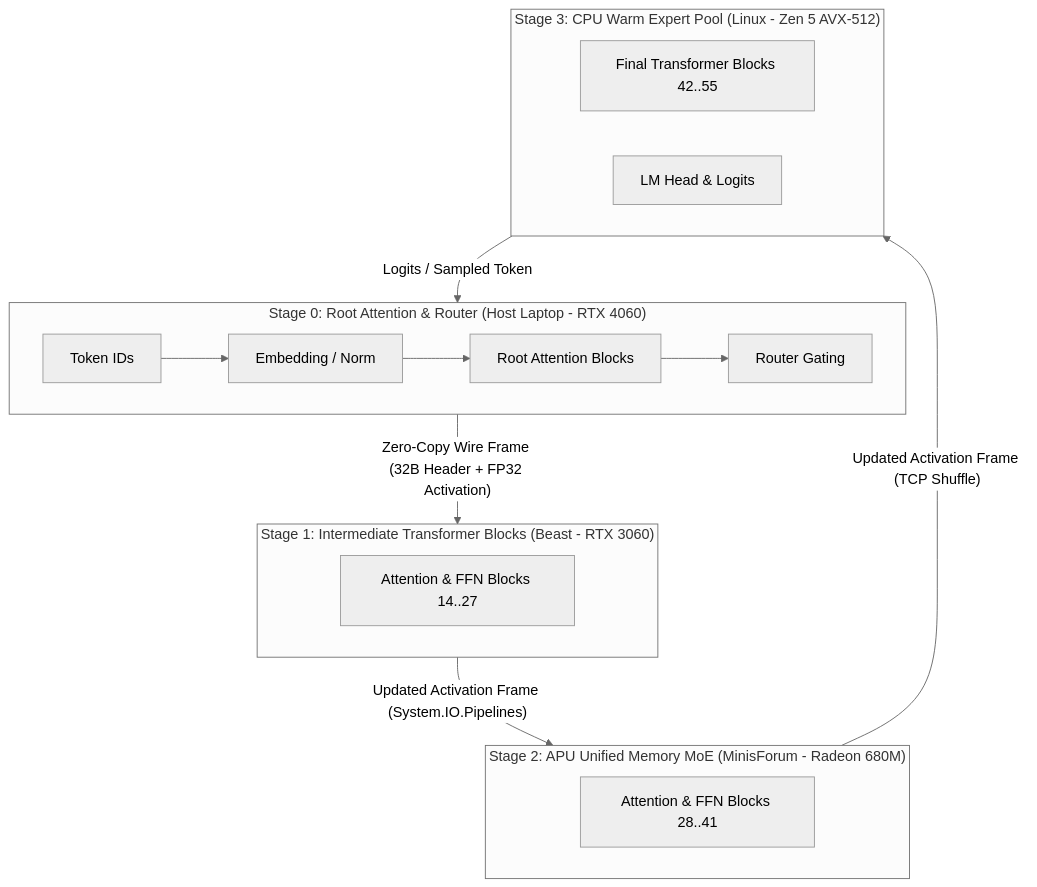
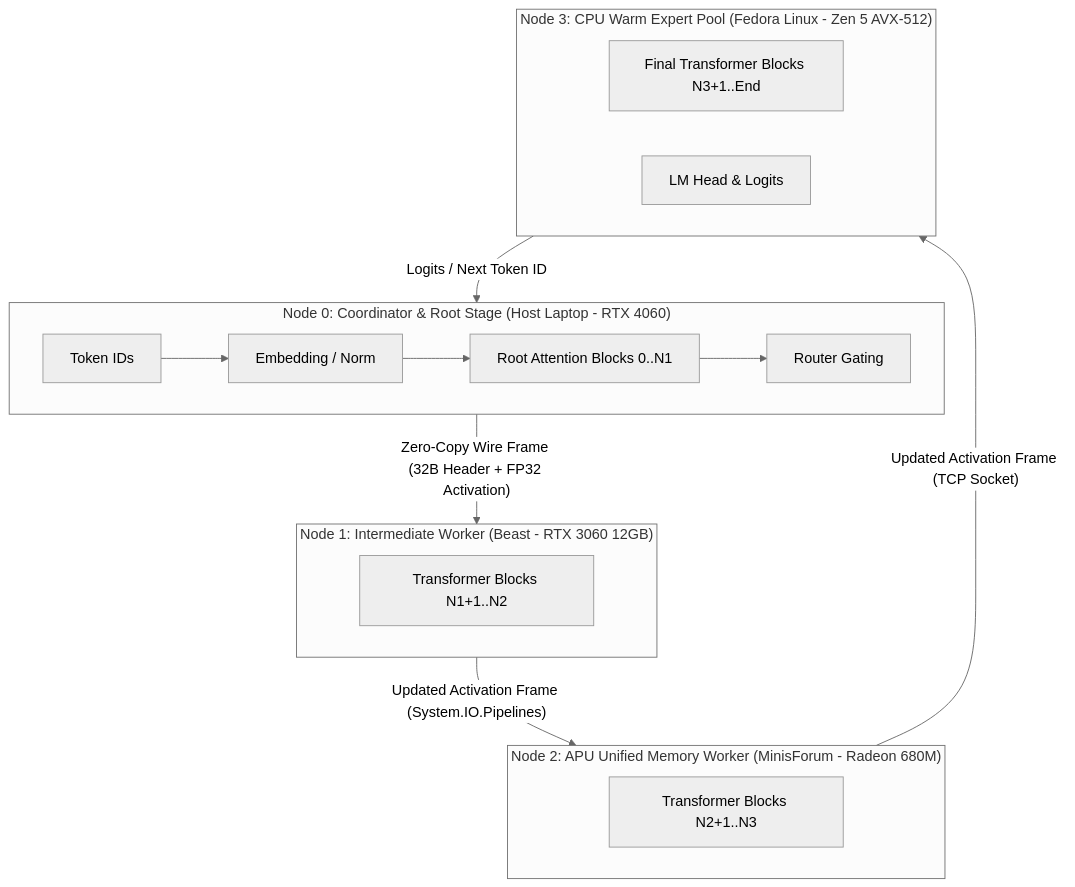
One commit to ian-cowley/Glacier.Inference.Distributed changed the diagram in README.md. Above: the diagram before and after it, drawn with Mermaid (neutral theme). The commit also changed other lines of this file and 4 other files, not shown here.

````diff
--- a/README.md
+++ b/README.md
@@ -31,26 +38,26 @@
 ```mermaid
 graph TD
-    subgraph Host ["Stage 0: Root Attention & Router (Host Laptop - RTX 4060)"]
+    subgraph Host ["Node 0: Coordinator & Root Stage (Host Laptop - RTX 4060)"]
         In[Token IDs] --> Embed[Embedding / Norm]
-        Embed --> Attn0[Root Attention Blocks]
+        Embed --> Attn0[Root Attention Blocks 0..N1]
         Attn0 --> Gate[Router Gating]
     end
 
-    subgraph Node1 ["Stage 1: Intermediate Transformer Blocks (Beast - RTX 3060)"]
-        Attn1[Attention & FFN Blocks 14..27]
+    subgraph Node1 ["Node 1: Intermediate Worker (Beast - RTX 3060 12GB)"]
+        Attn1[Transformer Blocks N1+1..N2]
     end
 
-    subgraph Node2 ["Stage 2: APU Unified Memory MoE (MinisForum - Radeon 680M)"]
-        Attn2[Attention & FFN Blocks 28..41]
+    subgraph Node2 ["Node 2: APU Unified Memory Worker (MinisForum - Radeon 680M)"]
+        Attn2[Transformer Blocks N2+1..N3]
     end
 
-    subgraph Node3 ["Stage 3: CPU Warm Expert Pool (Linux - Zen 5 AVX-512)"]
-        Attn3[Final Transformer Blocks 42..55]
+    subgraph Node3 ["Node 3: CPU Warm Expert Pool (Fedora Linux - Zen 5 AVX-512)"]
+        Attn3[Final Transformer Blocks N3+1..End]
         Head[LM Head & Logits]
     end
 
     Host -- "Zero-Copy Wire Frame (32B Header + FP32 Activation)" --> Node1
     Node1 -- "Updated Activation Frame (System.IO.Pipelines)" --> Node2
-    Node2 -- "Updated Activation Frame (TCP Shuffle)" --> Node3
-    Node3 -- "Logits / Sampled Token" --> Host
+    Node2 -- "Updated Activation Frame (TCP Socket)" --> Node3
+    Node3 -- "Logits / Next Token ID" --> Host
 ```
````
